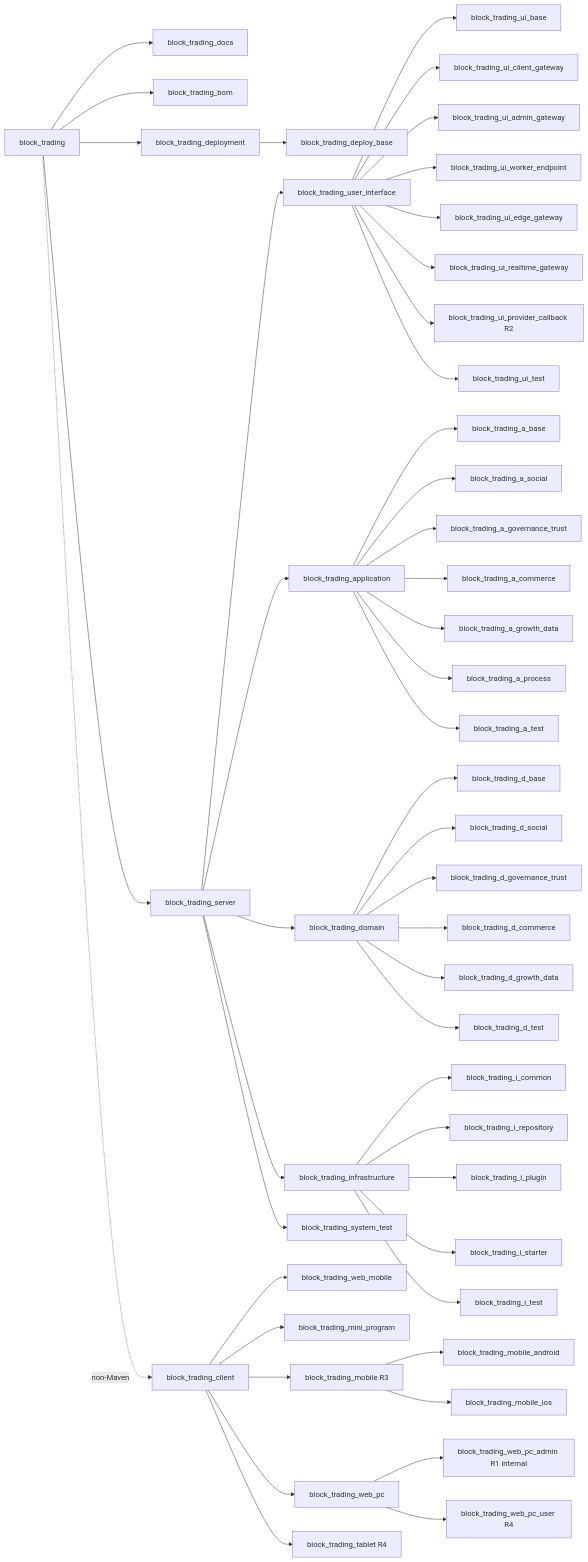
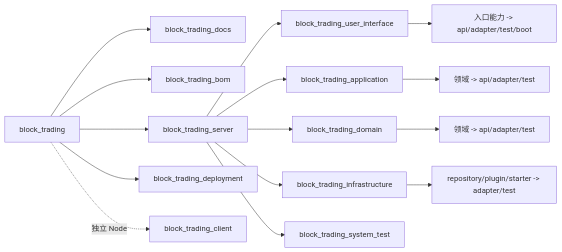
The first of 2 diagrams in block_trading_docs/产品文档/项目文档/趣汇代码模块规划/content.md (Forest-Fairy/block_trading), drawn with Mermaid before and after one commit. The commit also changed other lines of this file and 37 other files, not shown here.

````diff
--- a/block_trading_docs/产品文档/项目文档/趣汇代码模块规划/content.md
+++ b/block_trading_docs/产品文档/项目文档/趣汇代码模块规划/content.md
@@ -17,56 +39,19 @@
 ```mermaid
 flowchart LR
     Root["block_trading"] --> Docs["block_trading_docs"]
     Root --> Bom["block_trading_bom"]
     Root --> Server["block_trading_server"]
-    Root -. non-Maven .-> Client["block_trading_client"]
     Root --> Deployment["block_trading_deployment"]
-    Deployment --> DeployBase["block_trading_deploy_base"]
+    Root -.独立 Node.-> Client["block_trading_client"]
 
     Server --> UI["block_trading_user_interface"]
     Server --> App["block_trading_application"]
     Server --> Domain["block_trading_domain"]
     Server --> Infra["block_trading_infrastructure"]
     Server --> SystemTest["block_trading_system_test"]
 
-    UI --> UiBase["block_trading_ui_base"]
-    UI --> UiClient["block_trading_ui_client_gateway"]
-    UI --> UiAdmin["block_trading_ui_admin_gateway"]
-    UI --> UiWorker["block_trading_ui_worker_endpoint"]
-    UI --> UiEdge["block_trading_ui_edge_gateway"]
-    UI --> UiRealtime["block_trading_ui_realtime_gateway"]
-    UI --> UiCallback["block_trading_ui_provider_callback R2"]
-    UI --> UiTestParent["block_trading_ui_test"]
-
-    App --> AppBase["block_trading_a_base"]
-    App --> AppSocial["block_trading_a_social"]
-    App --> AppGov["block_trading_a_governance_trust"]
-    App --> AppCommerce["block_trading_a_commerce"]
-    App --> AppGrowth["block_trading_a_growth_data"]
-    App --> AppProcess["block_trading_a_process"]
-    App --> AppTestParent["block_trading_a_test"]
-
-    Domain --> DomainBase["block_trading_d_base"]
-    Domain --> DomainSocial["block_trading_d_social"]
-    Domain --> DomainGov["block_trading_d_governance_trust"]
-    Domain --> DomainCommerce["block_trading_d_commerce"]
-    Domain --> DomainGrowth["block_trading_d_growth_data"]
-    Domain --> DomainTestParent["block_trading_d_test"]
-
-    Infra --> InfraCommon["block_trading_i_common"]
-    Infra --> InfraRepo["block_trading_i_repository"]
-    Infra --> InfraPlugin["block_trading_i_plugin"]
-    Infra --> InfraStarter["block_trading_i_starter"]
-    Infra --> InfraTestParent["block_trading_i_test"]
-
-    Client --> WebMobile["block_trading_web_mobile"]
-    Client --> MiniProgram["block_trading_mini_program"]
-    Client --> NativeMobile["block_trading_mobile R3"]
-    NativeMobile --> Android["block_trading_mobile_android"]
-    NativeMobile --> IOS["block_trading_mobile_ios"]
-    Client --> WebPc["block_trading_web_pc"]
-    WebPc --> WebPcAdmin["block_trading_web_pc_admin R1 internal"]
-    WebPc --> WebPcUser["block_trading_web_pc_user R4"]
-    Client --> Tablet["block_trading_tablet R4"]
-
+    UI --> UiCapability["入口能力 -> api/adapter/test/boot"]
+    App --> AppContext["领域 -> api/adapter/test"]
+    Domain --> DomainContext["领域 -> api/adapter/test"]
+    Infra --> InfraContext["repository/plugin/starter -> adapter/test"]
 ```
````
